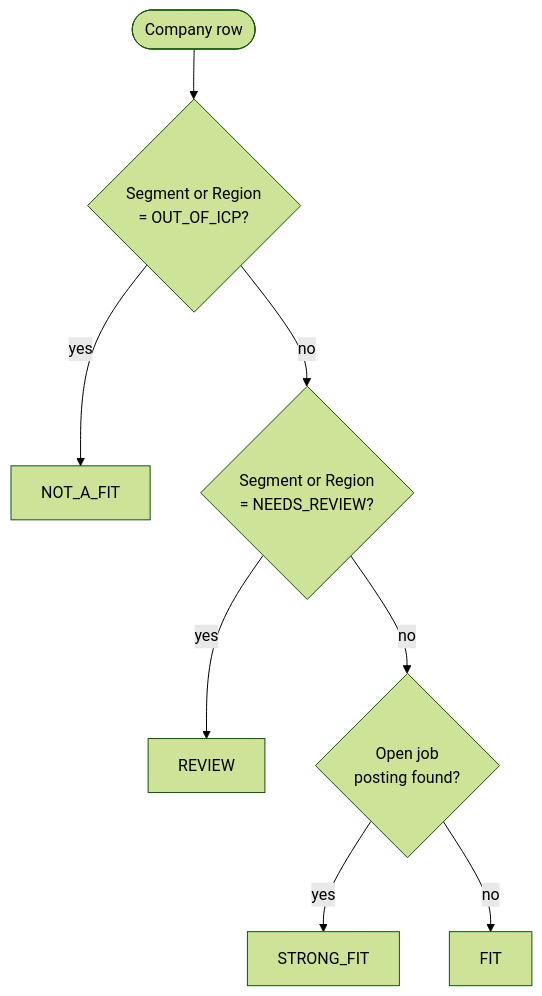
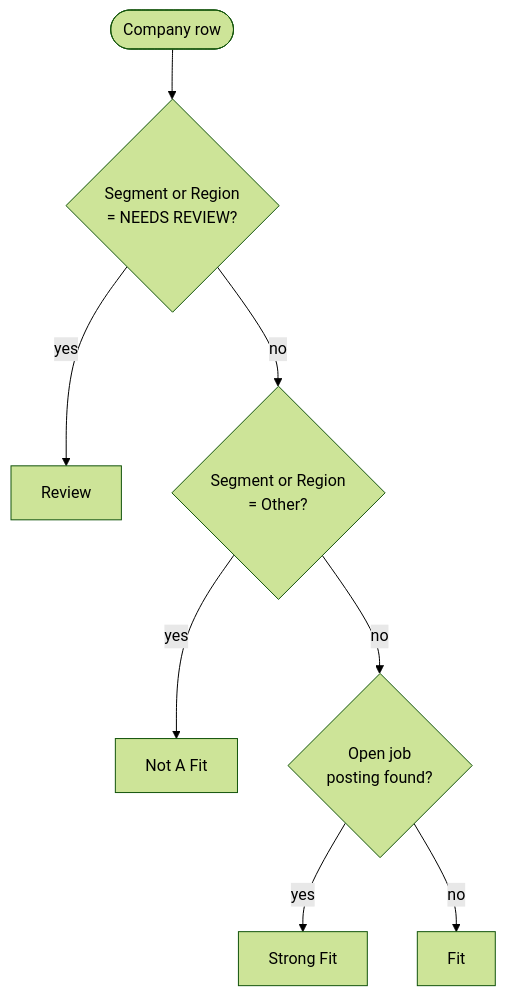
One commit to joshane1/GTM-Portfolio changed the second of 2 diagrams in docs/1_account_discovery.md. Above: the diagram before and after it, drawn with Mermaid (forest theme). The commit also changed other lines of this file and 5 other files, not shown here.

````diff
--- a/docs/1_account_discovery.md
+++ b/docs/1_account_discovery.md
@@ -152,10 +147,10 @@
 ```mermaid
 flowchart TD
-    start(["Company row"]) --> q1{"Segment or Region<br/>= OUT_OF_ICP?"}
-    q1 -- yes --> out["NOT_A_FIT"]
-    q1 -- no --> q2{"Segment or Region<br/>= NEEDS_REVIEW?"}
-    q2 -- yes --> review["REVIEW"]
+    start(["Company row"]) --> q1{"Segment or Region<br/>= NEEDS REVIEW?"}
+    q1 -- yes --> review["Review"]
+    q1 -- no --> q2{"Segment or Region<br/>= Other?"}
+    q2 -- yes --> out["Not A Fit"]
     q2 -- no --> q3{"Open job<br/>posting found?"}
-    q3 -- yes --> strong["STRONG_FIT"]
-    q3 -- no --> fit["FIT"]
+    q3 -- yes --> strong["Strong Fit"]
+    q3 -- no --> fit["Fit"]
 ```
````
